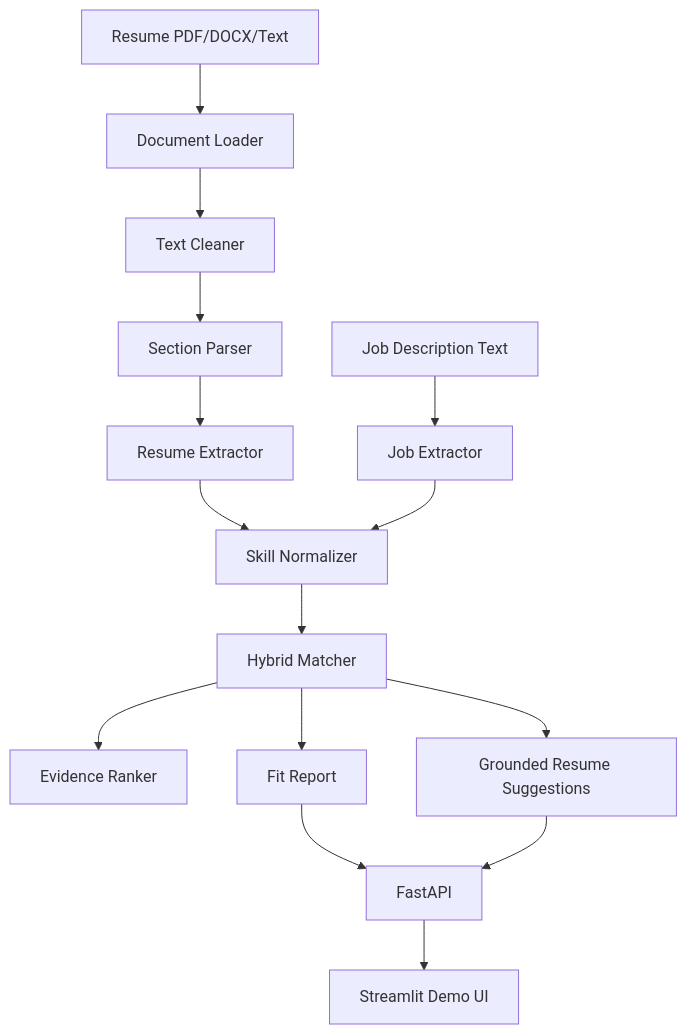
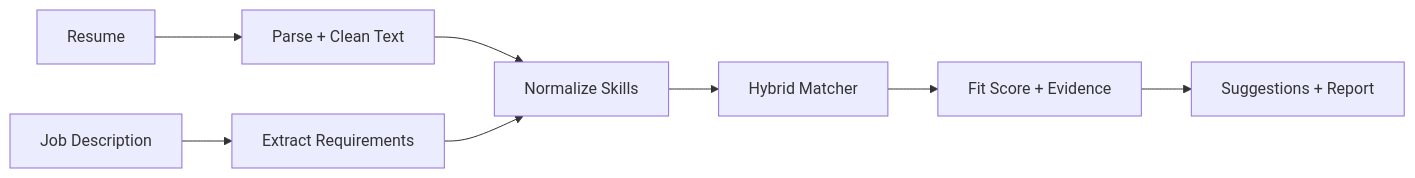
The diagram in README.md (Vineeth-chaitanya/talentfit-engine), drawn with Mermaid before and after one commit. The commit also changed other lines of this file, not shown here.

````diff
--- a/README.md
+++ b/README.md
@@ -25,21 +38,10 @@
 ```mermaid
-flowchart TD
-    A[Resume PDF/DOCX/Text] --> B[Document Loader]
-    B --> C[Text Cleaner]
-    C --> D[Section Parser]
-    D --> E[Resume Extractor]
-
-    F[Job Description Text] --> G[Job Extractor]
-
-    E --> H[Skill Normalizer]
-    G --> H
-    H --> I[Hybrid Matcher]
-
-    I --> J[Evidence Ranker]
-    I --> K[Fit Report]
-    I --> L[Grounded Resume Suggestions]
-
-    K --> M[FastAPI]
-    L --> M
-    M --> N[Streamlit Demo UI]
+flowchart LR
+    A[Resume] --> B[Parse + Clean Text]
+    C[Job Description] --> D[Extract Requirements]
+    B --> E[Normalize Skills]
+    D --> E
+    E --> F[Hybrid Matcher]
+    F --> G[Fit Score + Evidence]
+    G --> H[Suggestions + Report]
 ```
````
